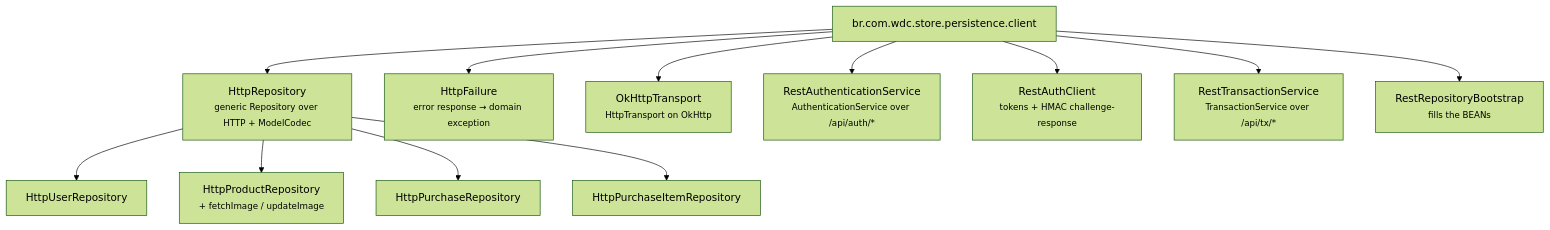
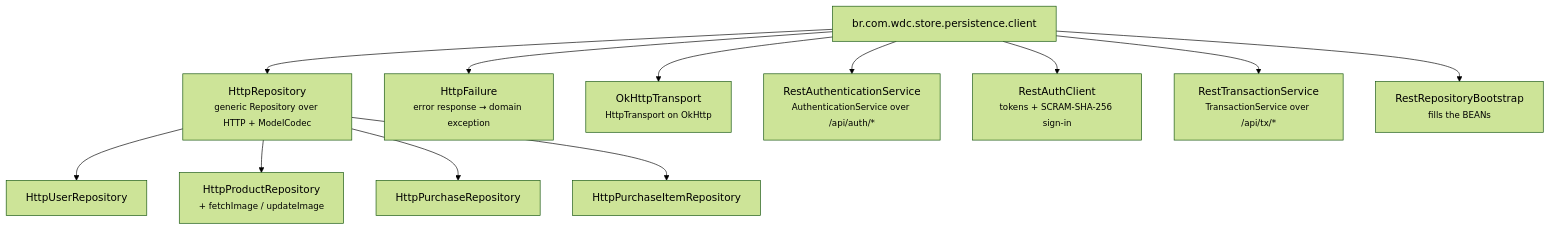
Before and after one commit to mrcdom/wdc-cube-java-v2: the diagram in fontes/br.com.wdc.store/br.com.wdc.store.persistence/persistence.client/README.md, drawn with Mermaid (forest theme). The commit also changed other lines of this file and 65 other files, not shown here.

````diff
--- a/fontes/br.com.wdc.store/br.com.wdc.store.persistence/persistence.client/README.md
+++ b/fontes/br.com.wdc.store/br.com.wdc.store.persistence/persistence.client/README.md
@@ -20,15 +20,15 @@
 ```mermaid
 graph TD
     pkg["br.com.wdc.store.persistence.client"]
     pkg --> HttpRepository["HttpRepository<br/><small>generic Repository over HTTP + ModelCodec</small>"]
     HttpRepository --> HttpUser["HttpUserRepository"]
     HttpRepository --> HttpProduct["HttpProductRepository<br/><small>+ fetchImage / updateImage</small>"]
     HttpRepository --> HttpPurchase["HttpPurchaseRepository"]
     HttpRepository --> HttpPurchaseItem["HttpPurchaseItemRepository"]
     pkg --> HttpFailure["HttpFailure<br/><small>error response → domain exception</small>"]
     pkg --> OkHttp["OkHttpTransport<br/><small>HttpTransport on OkHttp</small>"]
     pkg --> RestAuthSvc["RestAuthenticationService<br/><small>AuthenticationService over /api/auth/*</small>"]
-    pkg --> RestAuthClient["RestAuthClient<br/><small>tokens + HMAC challenge-response</small>"]
+    pkg --> RestAuthClient["RestAuthClient<br/><small>tokens + SCRAM-SHA-256 sign-in</small>"]
     pkg --> RestTx["RestTransactionService<br/><small>TransactionService over /api/tx/*</small>"]
     pkg --> Bootstrap["RestRepositoryBootstrap<br/><small>fills the BEANs</small>"]
 ```
````
